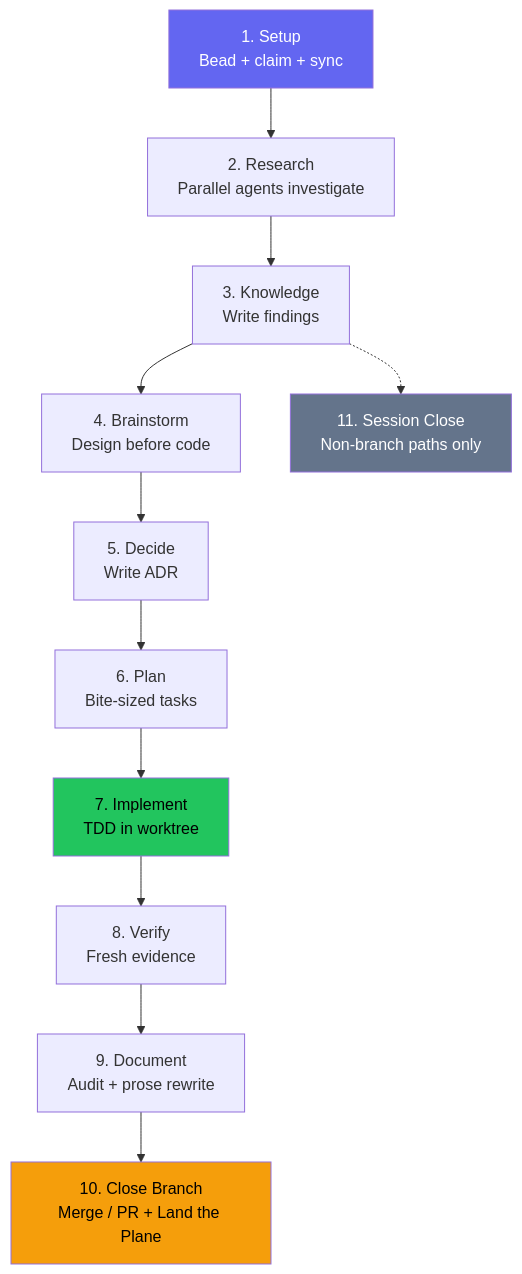
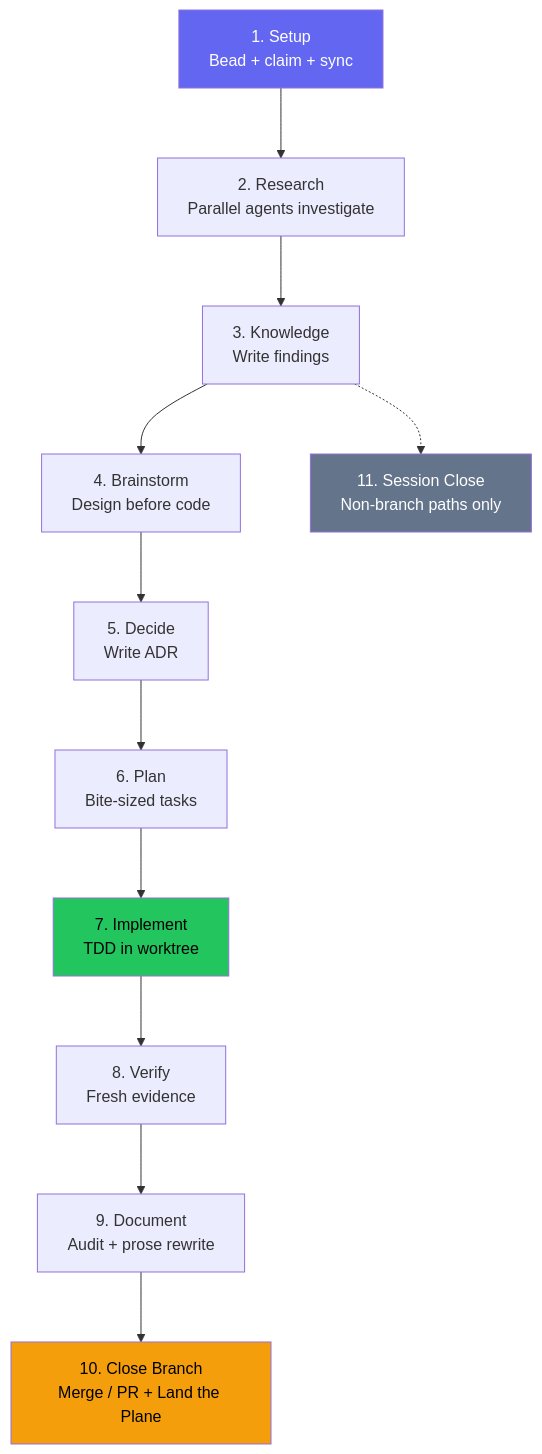
One commit to DollarDill/beads-superpowers changed the second of 2 diagrams in docs/methodology.md. Above: the diagram before and after it, drawn with Mermaid. The commit also changed other lines of this file and 5 other files, not shown here.

First line of the commit message:
docs: add panzoom zoom/pan/fullscreen, audit all 8 Mermaid diagrams (bd-klto)

````diff
--- a/docs/methodology.md
+++ b/docs/methodology.md
@@ -74,18 +80,24 @@
 ```mermaid
+---
+config:
+  flowchart:
+    nodeSpacing: 70
+    rankSpacing: 70
+---
 graph TD
   Step1["1. Setup<br/>Bead + claim + sync"] --> Step2["2. Research<br/>Parallel agents investigate"]
   Step2 --> Step3["3. Knowledge<br/>Write findings"]
   Step3 --> Step4["4. Brainstorm<br/>Design before code"]
   Step4 --> Step5["5. Decide<br/>Write ADR"]
   Step5 --> Step6["6. Plan<br/>Bite-sized tasks"]
   Step6 --> Step7["7. Implement<br/>TDD in worktree"]
   Step7 --> Step8["8. Verify<br/>Fresh evidence"]
   Step8 --> Step9["9. Document<br/>Audit + prose rewrite"]
   Step9 --> Step10["10. Close Branch<br/>Merge / PR + Land the Plane"]
   Step3 -.-> Step11["11. Session Close<br/>Non-branch paths only"]
 
   style Step1 fill:#6366f1,color:#fff
   style Step7 fill:#22c55e,color:#000
   style Step10 fill:#f59e0b,color:#000
   style Step11 fill:#64748b,color:#fff
 ```
````
